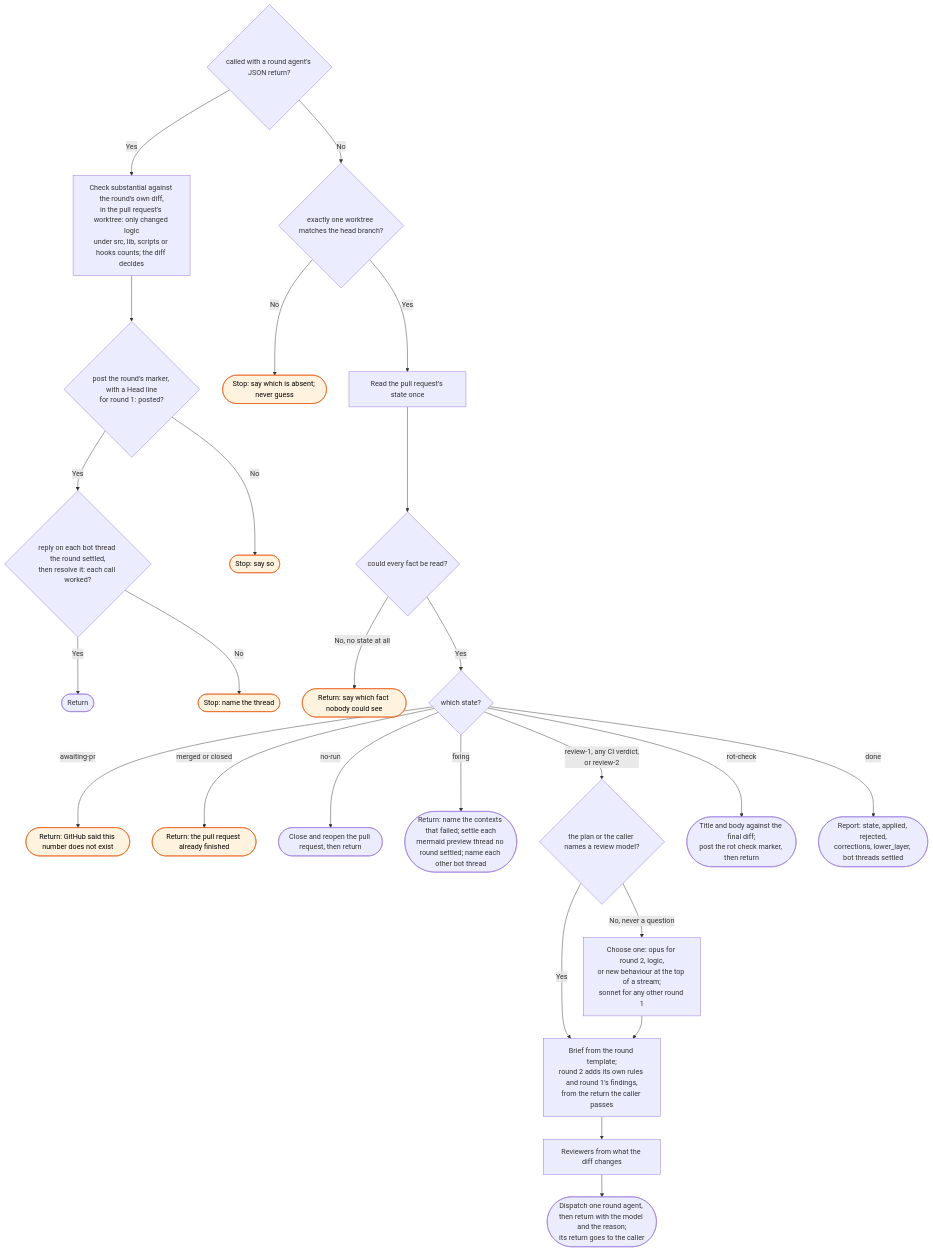
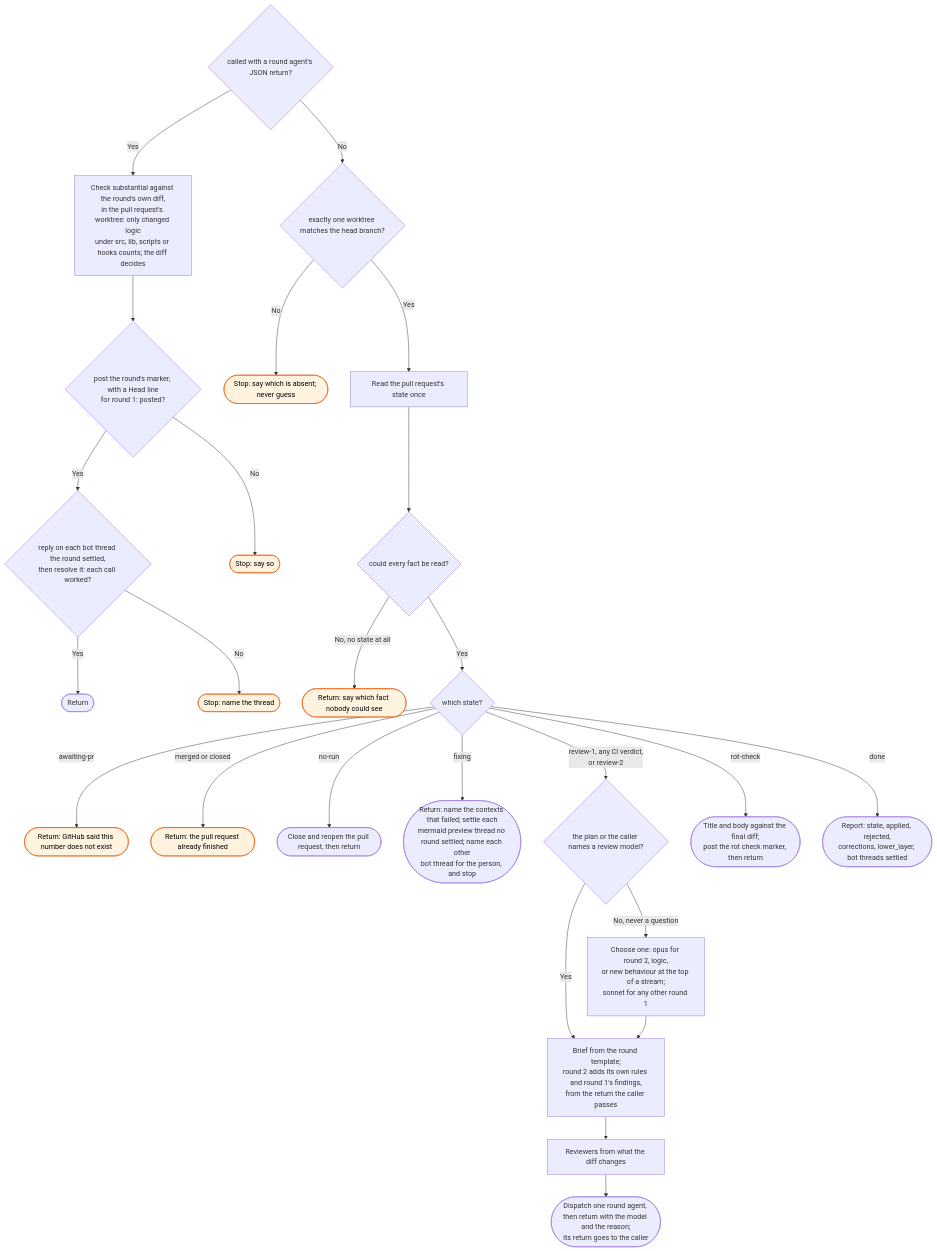
Before and after one commit to bje-settings/claude: the diagram in docs/flows/workstreams/review/_skill-flow.md, drawn with Mermaid. The commit also changed 6 other files, not shown here.

Commit message:
docs(workstreams): send an unsettled bot thread to the person, and force-push after a restack

````diff
--- a/docs/flows/workstreams/review/_skill-flow.md
+++ b/docs/flows/workstreams/review/_skill-flow.md
@@ -15,34 +15,34 @@
 ```mermaid
 flowchart TD
     R0{called with a round agent's JSON return?}
     R0 -->|Yes| RS[Check substantial against the round's own diff,<br/>in the pull request's worktree: only changed logic<br/>under src, lib, scripts or hooks counts; the diff decides]
     RS --> R2{post the round's marker, with a Head line<br/>for round 1: posted?}
     R2 -->|Yes| BT{reply on each bot thread the round settled,<br/>then resolve it: each call worked?}
     R2 -->|No| R3([Stop: say so]):::stop
     BT -->|Yes| R1([Return])
     BT -->|No| BT1([Stop: name the thread]):::stop
     R0 -->|No| W{exactly one worktree matches the head branch?}
     W -->|No| W1([Stop: say which is absent; never guess]):::stop
     W -->|Yes| C[Read the pull request's state once]
 
     C --> D{could every fact be read?}
     D -->|No, no state at all| D1([Return: say which fact nobody could see]):::stop
     D -->|Yes| E{which state?}
 
     E -->|awaiting-pr| E1([Return: GitHub said this number does not exist]):::stop
     E -->|merged or closed| E1b([Return: the pull request already finished]):::stop
     E -->|no-run| F([Close and reopen the pull request, then return])
-    E -->|fixing| G2([Return: name the contexts that failed; settle each<br/>mermaid preview thread no round settled; name each other bot thread])
+    E -->|fixing| G2([Return: name the contexts that failed; settle each<br/>mermaid preview thread no round settled; name each other<br/>bot thread for the person, and stop])
 
     E -->|review-1, any CI verdict,<br/>or review-2| M{the plan or the caller names a review model?}
     M -->|Yes| I
     M -->|No, never a question| M1[Choose one: opus for round 2, logic,<br/>or new behaviour at the top of a stream;<br/>sonnet for any other round 1] --> I
     I[Brief from the round template;<br/>round 2 adds its own rules and round 1's findings,<br/>from the return the caller passes]
     I --> J[Reviewers from what the diff changes]
     J --> K([Dispatch one round agent, then return with the model and the reason;<br/>its return goes to the caller])
 
     E -->|rot-check| Q([Title and body against the final diff;<br/>post the rot check marker, then return])
     E -->|done| S([Report: state, applied, rejected,<br/>corrections, lower_layer, bot threads settled])
 
     classDef stop fill:#fff3e0,stroke:#e65100,color:#000
 ```
````
